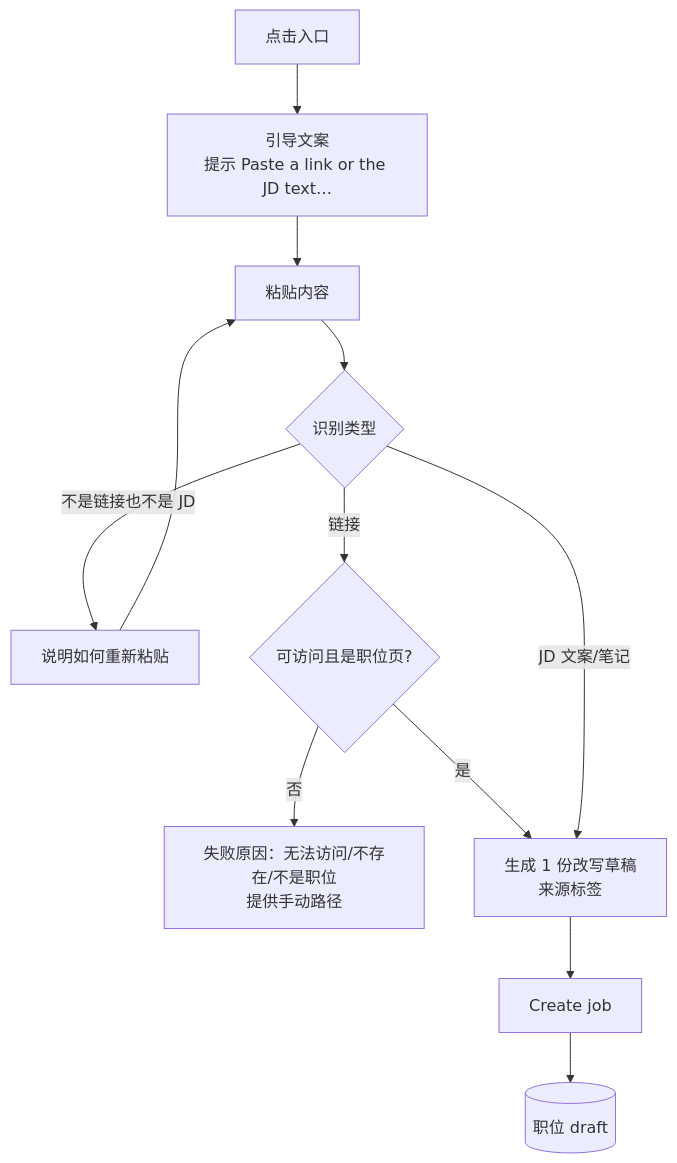
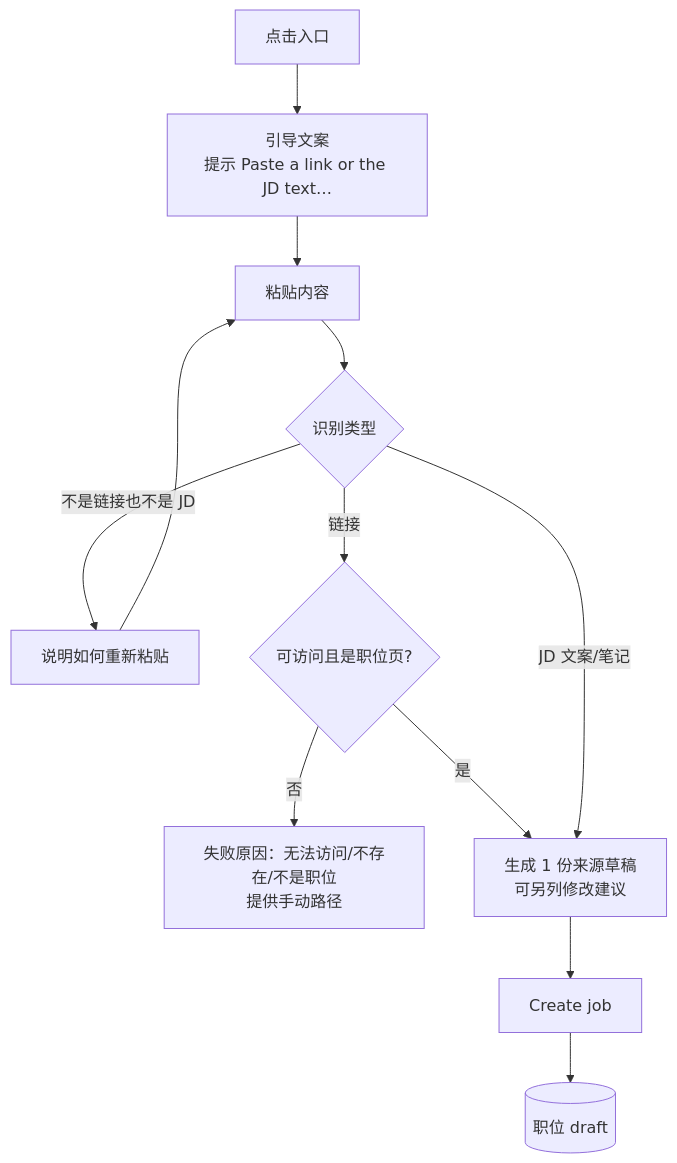
Before and after one commit to TelyAgent/HireOSV2: the second of 2 diagrams in docs/product/JD_Management/M4_Paste_Link_Text_Create/User_Journey.md, drawn with Mermaid. The commit also changed other lines of this file and 327 other files, not shown here.

````diff
--- a/docs/product/JD_Management/M4_Paste_Link_Text_Create/User_Journey.md
+++ b/docs/product/JD_Management/M4_Paste_Link_Text_Create/User_Journey.md
@@ -67,13 +67,13 @@
 ```mermaid
 flowchart TD
   S[点击入口] --> P[引导文案<br/>提示 Paste a link or the JD text…]
   P --> I[粘贴内容]
   I --> K{识别类型}
   K -->|不是链接也不是 JD| R[说明如何重新粘贴] --> I
   K -->|链接| L{可访问且是职位页?}
   L -->|否| E[失败原因：无法访问/不存在/不是职位<br/>提供手动路径]
   L -->|是| G
-  K -->|JD 文案/笔记| G[生成 1 份改写草稿<br/>来源标签]
+  K -->|JD 文案/笔记| G[生成 1 份来源草稿<br/>可另列修改建议]
   G --> C[Create job]
   C --> O[(职位 draft)]
 ```
````
